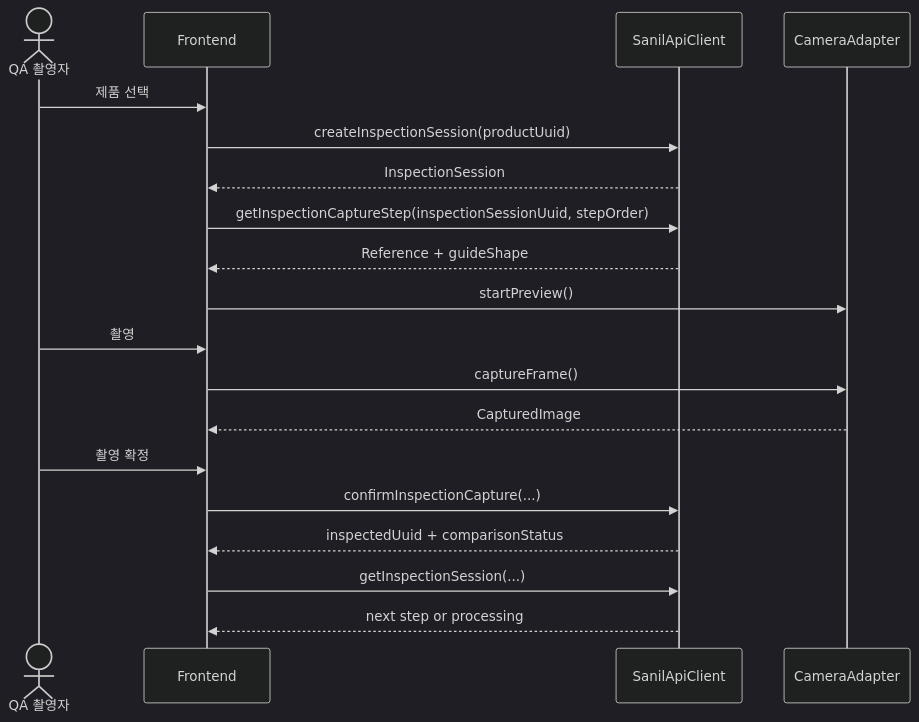
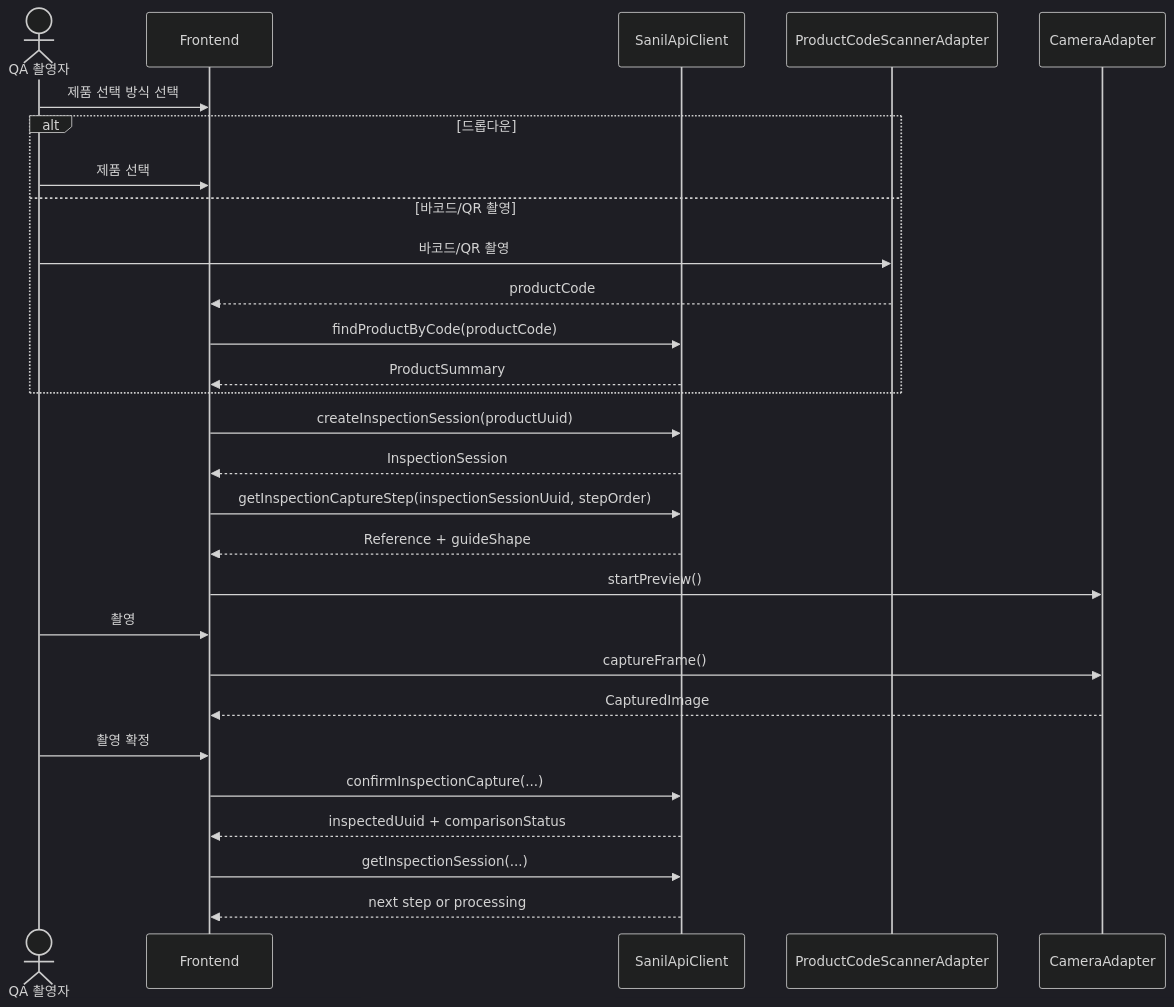
Before and after one commit to Dreamer-Dy-Yun/SANIL: the diagram in frontend/docs/frontend-design.md, drawn with Mermaid (dark theme). The commit also changed other lines of this file and 21 other files, not shown here.

````diff
--- a/frontend/docs/frontend-design.md
+++ b/frontend/docs/frontend-design.md
@@ -77,22 +78,31 @@
 ```mermaid
 sequenceDiagram
     actor User as QA 촬영자
     participant UI as Frontend
     participant API as SanilApiClient
+    participant Scanner as ProductCodeScannerAdapter
     participant Camera as CameraAdapter
 
-    User->>UI: 제품 선택
+    User->>UI: 제품 선택 방식 선택
+    alt 드롭다운
+      User->>UI: 제품 선택
+    else 바코드/QR 촬영
+      User->>Scanner: 바코드/QR 촬영
+      Scanner-->>UI: productCode
+      UI->>API: findProductByCode(productCode)
+      API-->>UI: ProductSummary
+    end
     UI->>API: createInspectionSession(productUuid)
     API-->>UI: InspectionSession
     UI->>API: getInspectionCaptureStep(inspectionSessionUuid, stepOrder)
     API-->>UI: Reference + guideShape
     UI->>Camera: startPreview()
     User->>UI: 촬영
     UI->>Camera: captureFrame()
     Camera-->>UI: CapturedImage
     User->>UI: 촬영 확정
     UI->>API: confirmInspectionCapture(...)
     API-->>UI: inspectedUuid + comparisonStatus
     UI->>API: getInspectionSession(...)
     API-->>UI: next step or processing
 ```
````
